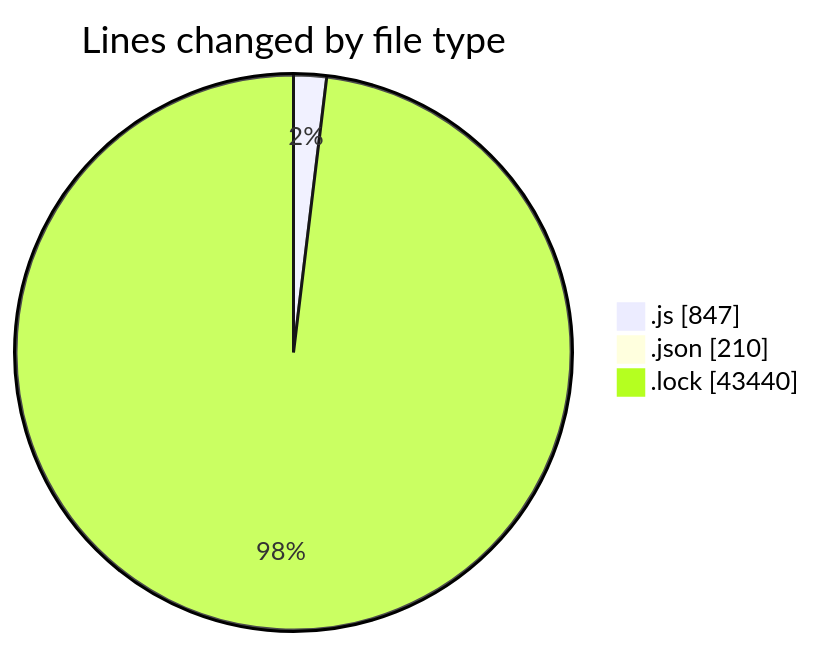
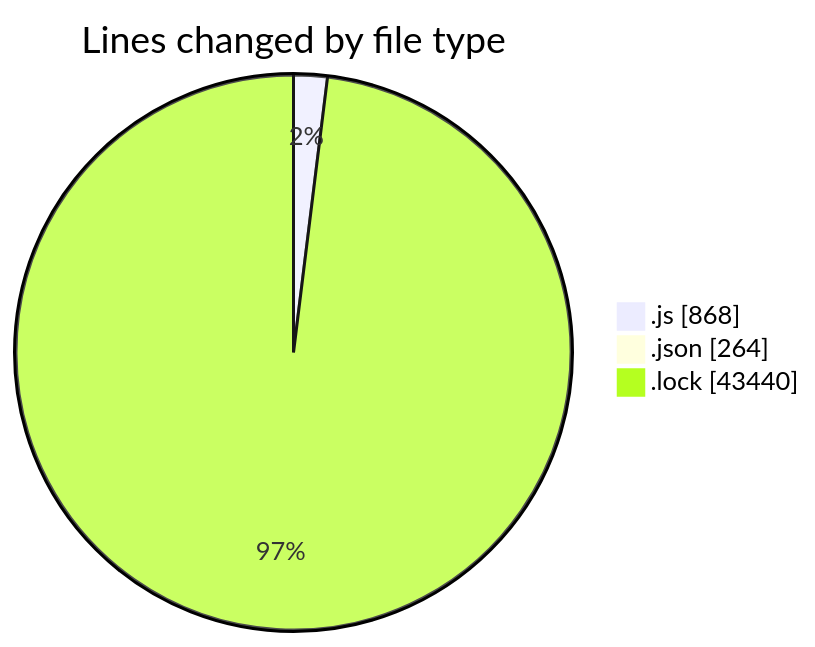
Before and after one commit to momahboobian/code-tracking: the first of 2 diagrams in 2025-12-18/cda/README.md, drawn with Mermaid. The commit also changed other lines of this file and 1 other file, not shown here.

````diff
--- a/2025-12-18/cda/README.md
+++ b/2025-12-18/cda/README.md
@@ -35,7 +36,7 @@
 ```mermaid
 pie showData
 title Lines changed by file type
-".js" : 847
-".json" : 210
+".js" : 868
+".json" : 264
 ".lock" : 43440
 ```
````
